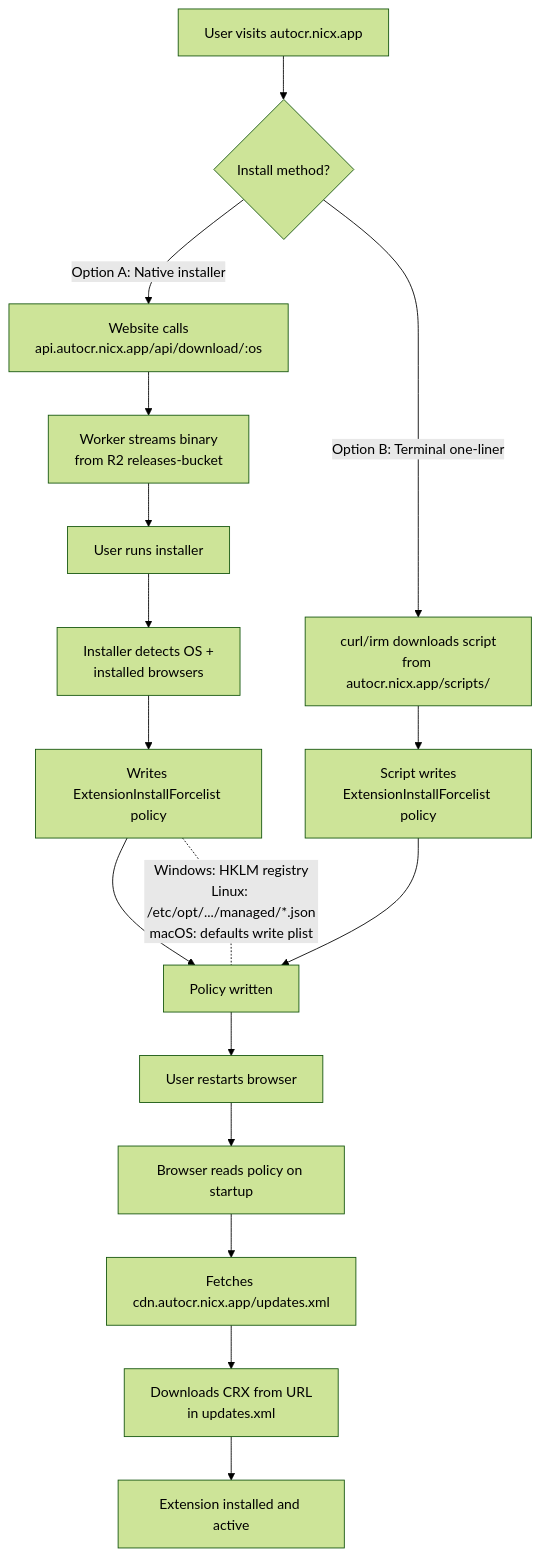
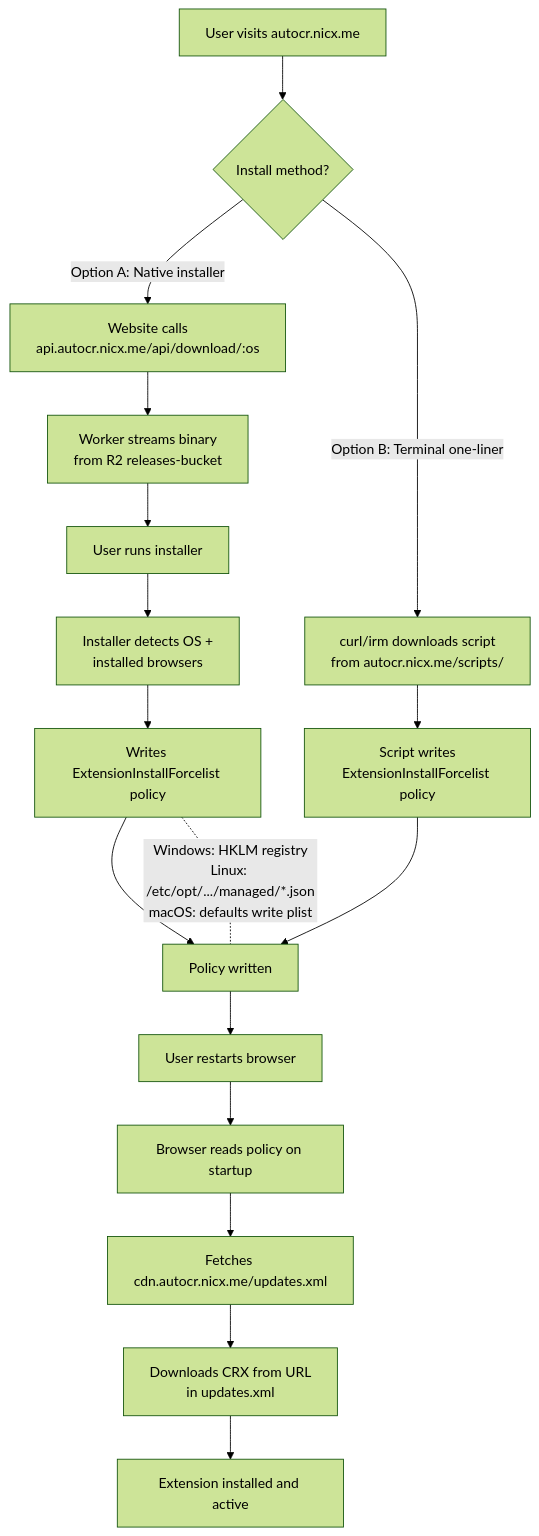
Before and after one commit to NICxKMS/auto-coursera: the second of 4 diagrams in docs/ARCHITECTURE.md, drawn with Mermaid (forest theme). The commit also changed other lines of this file and 113 other files, not shown here.

````diff
--- a/docs/ARCHITECTURE.md
+++ b/docs/ARCHITECTURE.md
@@ -285,24 +285,24 @@
 ```mermaid
 flowchart TD
-    START["User visits autocr.nicx.app"] --> CHOICE{"Install method?"}
+    START["User visits autocr.nicx.me"] --> CHOICE{"Install method?"}
 
-    CHOICE -->|"Option A: Native installer"| DL["Website calls\napi.autocr.nicx.app/api/download/:os"]
+    CHOICE -->|"Option A: Native installer"| DL["Website calls\napi.autocr.nicx.me/api/download/:os"]
     DL --> STREAM["Worker streams binary\nfrom R2 releases-bucket"]
     STREAM --> RUN["User runs installer"]
     RUN --> DETECT["Installer detects OS +\ninstalled browsers"]
     DETECT --> WRITE_A["Writes ExtensionInstallForcelist policy"]
 
-    CHOICE -->|"Option B: Terminal one-liner"| CURL["curl/irm downloads script\nfrom autocr.nicx.app/scripts/"]
+    CHOICE -->|"Option B: Terminal one-liner"| CURL["curl/irm downloads script\nfrom autocr.nicx.me/scripts/"]
     CURL --> WRITE_B["Script writes\nExtensionInstallForcelist policy"]
 
     WRITE_A --> POLICY["Policy written"]
     WRITE_B --> POLICY
 
     POLICY --> RESTART["User restarts browser"]
     RESTART --> READ["Browser reads policy on startup"]
-    READ --> FETCH["Fetches cdn.autocr.nicx.app/updates.xml"]
+    READ --> FETCH["Fetches cdn.autocr.nicx.me/updates.xml"]
     FETCH --> DOWNLOAD["Downloads CRX from URL\nin updates.xml"]
     DOWNLOAD --> INSTALLED["Extension installed and active"]
 
     WRITE_A -.- |"Windows: HKLM registry\nLinux: /etc/opt/.../managed/*.json\nmacOS: defaults write plist"| POLICY
 ```
````
